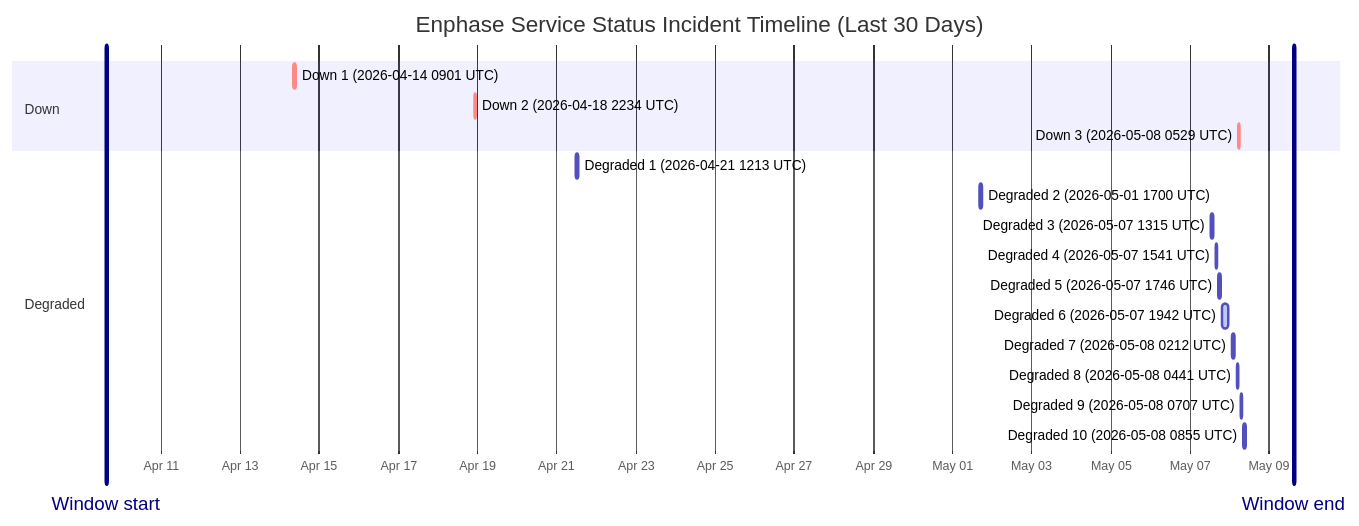
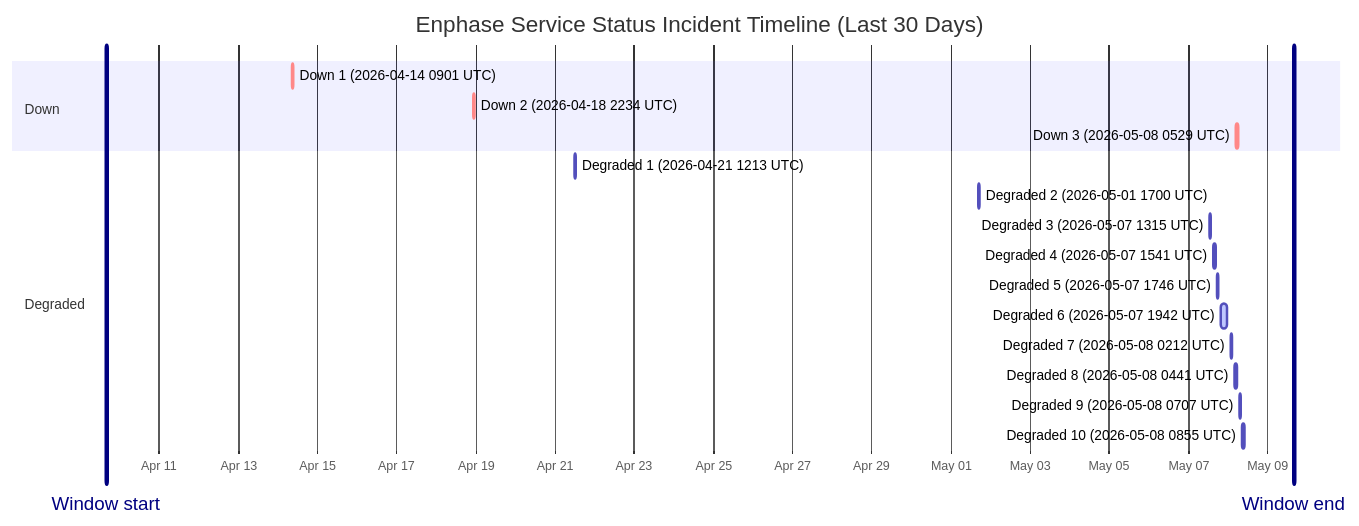
Before and after one commit to barneyonline/ha-enphase-ev-charger: the diagram in wiki/Service-Status-History.md, drawn with Mermaid. The commit also changed other lines of this file and 3 other files, not shown here.

````diff
--- a/wiki/Service-Status-History.md
+++ b/wiki/Service-Status-History.md
@@ -14,23 +14,23 @@
 ```mermaid
 gantt
     title Enphase Service Status Incident Timeline (Last 30 Days)
     dateFormat  YYYY-MM-DDTHH:mm:ss
     axisFormat  %b %d
-    Window start :vert, window-start, 2026-04-09T14:58:40, 0ms
-    Window end :vert, window-end, 2026-05-09T14:58:40, 0ms
+    Window start :vert, window-start, 2026-04-09T15:59:15, 0ms
+    Window end :vert, window-end, 2026-05-09T15:59:15, 0ms
     section Down
     Down 1 (2026-04-14 0901 UTC) :crit, down-1, 2026-04-14T09:01:13, 60m
     Down 2 (2026-04-18 2234 UTC) :crit, down-2, 2026-04-18T22:34:13, 60m
     Down 3 (2026-05-08 0529 UTC) :crit, down-3, 2026-05-08T05:29:47, 60m
     section Degraded
     Degraded 1 (2026-04-21 1213 UTC) :active, degraded-1, 2026-04-21T12:13:11, 60m
     Degraded 2 (2026-05-01 1700 UTC) :active, degraded-2, 2026-05-01T17:00:22, 60m
     Degraded 3 (2026-05-07 1315 UTC) :active, degraded-3, 2026-05-07T13:15:25, 60m
     Degraded 4 (2026-05-07 1541 UTC) :active, degraded-4, 2026-05-07T15:41:58, 60m
     Degraded 5 (2026-05-07 1746 UTC) :active, degraded-5, 2026-05-07T17:46:51, 60m
     Degraded 6 (2026-05-07 1942 UTC) :active, degraded-6, 2026-05-07T19:42:10, 249m
     Degraded 7 (2026-05-08 0212 UTC) :active, degraded-7, 2026-05-08T02:12:39, 60m
     Degraded 8 (2026-05-08 0441 UTC) :active, degraded-8, 2026-05-08T04:41:46, 60m
     Degraded 9 (2026-05-08 0707 UTC) :active, degraded-9, 2026-05-08T07:07:30, 60m
     Degraded 10 (2026-05-08 0855 UTC) :active, degraded-10, 2026-05-08T08:55:20, 88m
 ```
````
